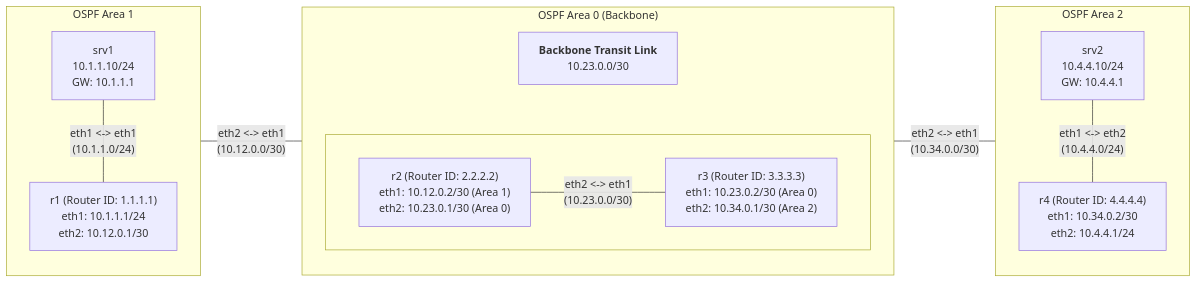
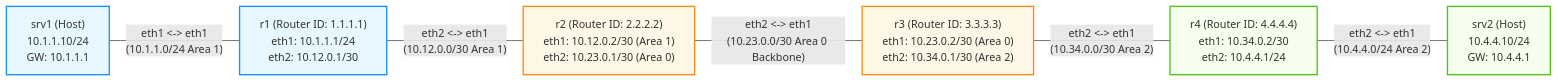
Before and after one commit to thangphan205/containerlab-demo: the diagram in bai-tap-ve-nha/18-troubleshooting-chaos-lab/lab-guide.md, drawn with Mermaid. The commit also changed 1 other file, not shown here.

Commit message:
docs: update lab guides for OSPF multi-area and troubleshooting chaos modules

````diff
--- a/bai-tap-ve-nha/18-troubleshooting-chaos-lab/lab-guide.md
+++ b/bai-tap-ve-nha/18-troubleshooting-chaos-lab/lab-guide.md
@@ -24,31 +24,19 @@
 ```mermaid
 graph LR
-    subgraph area1 ["OSPF Area 1"]
-        direction TB
-        srv1["srv1<br>10.1.1.10/24<br>GW: 10.1.1.1"]
-        r1["r1 (Router ID: 1.1.1.1)<br>eth1: 10.1.1.1/24<br>eth2: 10.12.0.1/30"]
-        srv1 -- "eth1 <-> eth1<br>(10.1.1.0/24)" --- r1
-    end
+    classDef area1 fill:#e6f7ff,stroke:#1890ff,stroke-width:2px;
+    classDef area0 fill:#fff7e6,stroke:#fa8c16,stroke-width:2px;
+    classDef area2 fill:#f6ffed,stroke:#52c41a,stroke-width:2px;
 
-    subgraph area0 ["OSPF Area 0 (Backbone)"]
-        direction TB
-        backbone_info["<b>Backbone Transit Link</b><br>10.23.0.0/30"]
-        subgraph area0_routers [" "]
-            direction LR
-            r2["r2 (Router ID: 2.2.2.2)<br>eth1: 10.12.0.2/30 (Area 1)<br>eth2: 10.23.0.1/30 (Area 0)"]
-            r3["r3 (Router ID: 3.3.3.3)<br>eth1: 10.23.0.2/30 (Area 0)<br>eth2: 10.34.0.1/30 (Area 2)"]
-            r2 -- "eth2 <-> eth1<br>(10.23.0.0/30)" --- r3
-        end
-        backbone_info ~~~ area0_routers
-    end
+    srv1["srv1 (Host)<br>10.1.1.10/24<br>GW: 10.1.1.1"]:::area1
+    r1["r1 (Router ID: 1.1.1.1)<br>eth1: 10.1.1.1/24<br>eth2: 10.12.0.1/30"]:::area1
+    r2["r2 (Router ID: 2.2.2.2)<br>eth1: 10.12.0.2/30 (Area 1)<br>eth2: 10.23.0.1/30 (Area 0)"]:::area0
+    r3["r3 (Router ID: 3.3.3.3)<br>eth1: 10.23.0.2/30 (Area 0)<br>eth2: 10.34.0.1/30 (Area 2)"]:::area0
+    r4["r4 (Router ID: 4.4.4.4)<br>eth1: 10.34.0.2/30<br>eth2: 10.4.4.1/24"]:::area2
+    srv2["srv2 (Host)<br>10.4.4.10/24<br>GW: 10.4.4.1"]:::area2
 
-    subgraph area2 ["OSPF Area 2"]
-        direction TB
-        srv2["srv2<br>10.4.4.10/24<br>GW: 10.4.4.1"]
-        r4["r4 (Router ID: 4.4.4.4)<br>eth1: 10.34.0.2/30<br>eth2: 10.4.4.1/24"]
-        srv2 -- "eth1 <-> eth2<br>(10.4.4.0/24)" --- r4
-    end
-
-    r1 -- "eth2 <-> eth1<br>(10.12.0.0/30)" --- r2
-    r3 -- "eth2 <-> eth1<br>(10.34.0.0/30)" --- r4
+    srv1 -- "eth1 <-> eth1<br>(10.1.1.0/24 Area 1)" --- r1
+    r1 -- "eth2 <-> eth1<br>(10.12.0.0/30 Area 1)" --- r2
+    r2 -- "eth2 <-> eth1<br>(10.23.0.0/30 Area 0 Backbone)" --- r3
+    r3 -- "eth2 <-> eth1<br>(10.34.0.0/30 Area 2)" --- r4
+    r4 -- "eth2 <-> eth1<br>(10.4.4.0/24 Area 2)" --- srv2
 ```
````
